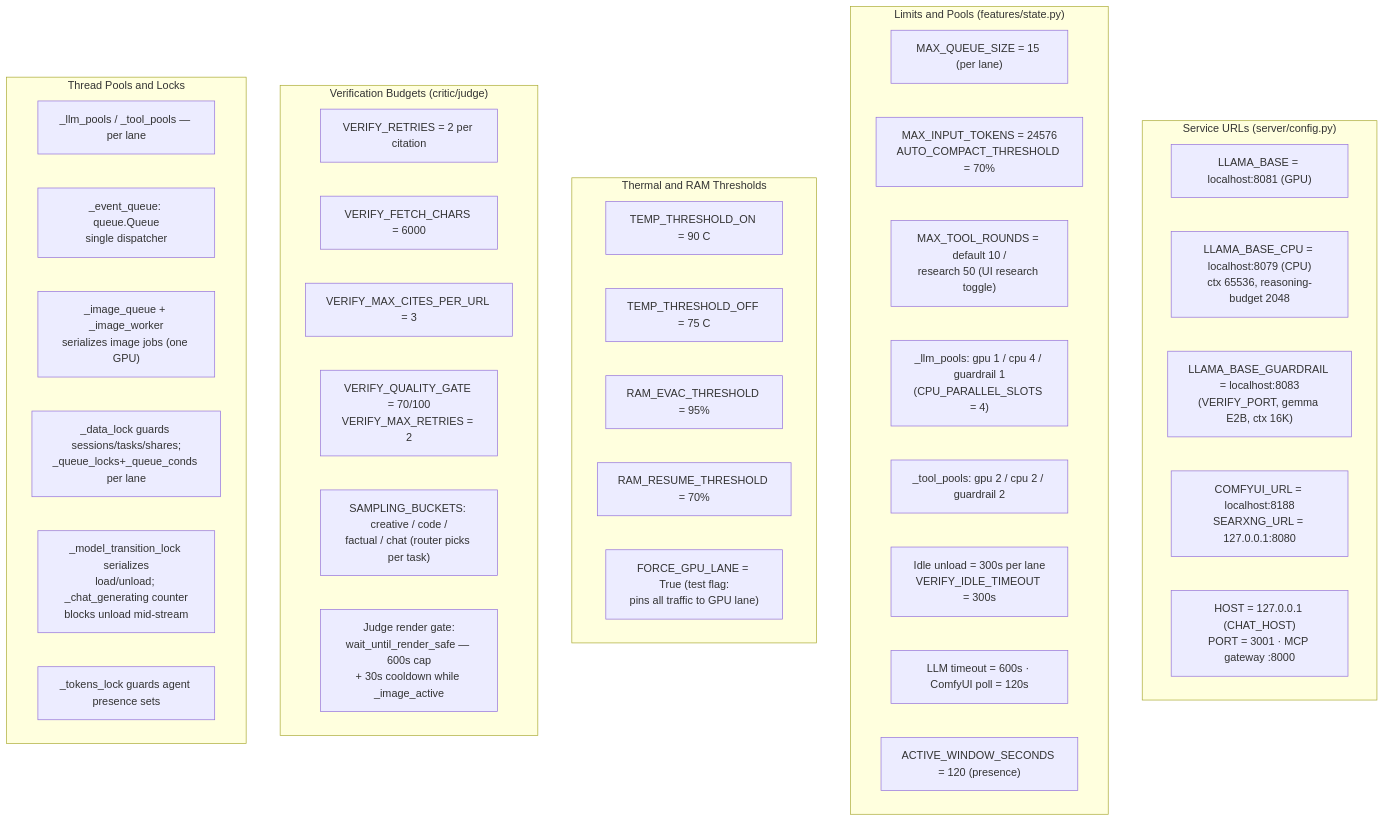
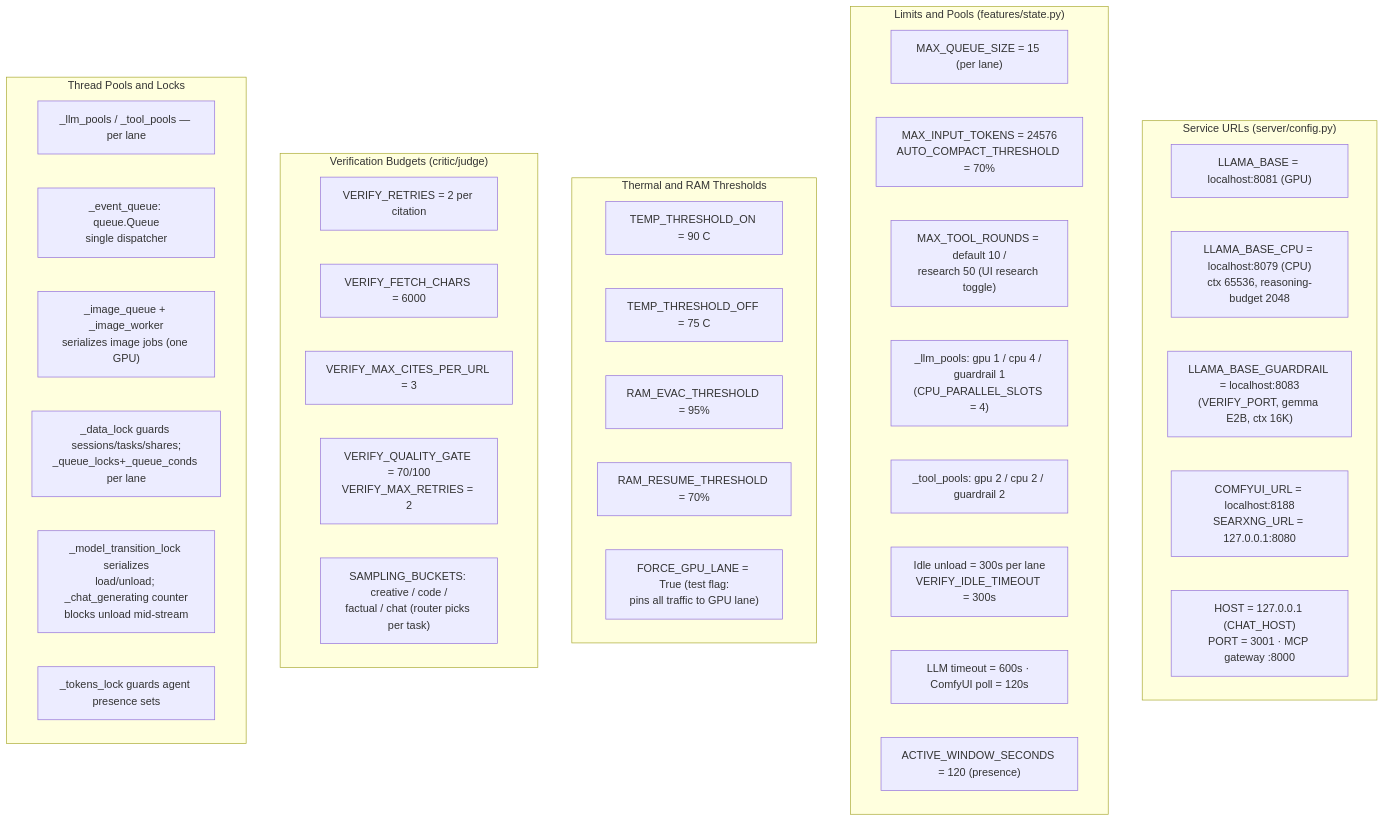
The third of 13 diagrams in ARCHITECTURE.md (Palash90/local-ai), drawn with Mermaid before and after one commit. The commit also changed other lines of this file and 9 other files, not shown here.

````diff
--- a/ARCHITECTURE.md
+++ b/ARCHITECTURE.md
@@ -103,47 +103,46 @@
 ```mermaid
 graph TD
     subgraph RCNetwork ["Service URLs (server/config.py)"]
         RC1["LLAMA_BASE = localhost:8081 (GPU)"]
         RC2["LLAMA_BASE_CPU = localhost:8079 (CPU)\nctx 65536, reasoning-budget 2048"]
         RC3["LLAMA_BASE_GUARDRAIL = localhost:8083\n(VERIFY_PORT, gemma E2B, ctx 16K)"]
         RC4["COMFYUI_URL = localhost:8188\nSEARXNG_URL = 127.0.0.1:8080"]
         RC5["HOST = 127.0.0.1 (CHAT_HOST)\nPORT = 3001 · MCP gateway :8000"]
     end
 
     subgraph RCLimits ["Limits and Pools (features/state.py)"]
         RL1["MAX_QUEUE_SIZE = 15 (per lane)"]
         RL2["MAX_INPUT_TOKENS = 24576\nAUTO_COMPACT_THRESHOLD = 70%"]
         RL3["MAX_TOOL_ROUNDS = default 10 /\nresearch 50 (UI research toggle)"]
         RL4["_llm_pools: gpu 1 / cpu 4 / guardrail 1\n(CPU_PARALLEL_SLOTS = 4)"]
         RL5["_tool_pools: gpu 2 / cpu 2 / guardrail 2"]
         RL6["Idle unload = 300s per lane\nVERIFY_IDLE_TIMEOUT = 300s"]
         RL7["LLM timeout = 600s · ComfyUI poll = 120s"]
         RL8["ACTIVE_WINDOW_SECONDS = 120 (presence)"]
     end
 
     subgraph RCThermal ["Thermal and RAM Thresholds"]
         RT1["TEMP_THRESHOLD_ON = 90 C"]
         RT2["TEMP_THRESHOLD_OFF = 75 C"]
         RT3["RAM_EVAC_THRESHOLD = 95%"]
         RT4["RAM_RESUME_THRESHOLD = 70%"]
         RT5["FORCE_GPU_LANE = True (test flag:\npins all traffic to GPU lane)"]
     end
 
     subgraph RCVerify ["Verification Budgets (critic/judge)"]
         RV1["VERIFY_RETRIES = 2 per citation"]
         RV2["VERIFY_FETCH_CHARS = 6000"]
         RV3["VERIFY_MAX_CITES_PER_URL = 3"]
         RV4["VERIFY_QUALITY_GATE = 70/100\nVERIFY_MAX_RETRIES = 2"]
         RV5["SAMPLING_BUCKETS: creative / code /\nfactual / chat (router picks per task)"]
-        RV6["Judge render gate:\nwait_until_render_safe — 600s cap\n+ 30s cooldown while _image_active"]
     end
 
     subgraph RCThreads ["Thread Pools and Locks"]
         LK1["_llm_pools / _tool_pools — per lane"]
         LK2["_event_queue: queue.Queue\nsingle dispatcher"]
         LK3["_image_queue + _image_worker\nserializes image jobs (one GPU)"]
         LK4["_data_lock guards sessions/tasks/shares;\n_queue_locks+_queue_conds per lane"]
         LK5["_model_transition_lock serializes\nload/unload; _chat_generating counter\nblocks unload mid-stream"]
         LK6["_tokens_lock guards agent presence sets"]
     end
 ```
````
